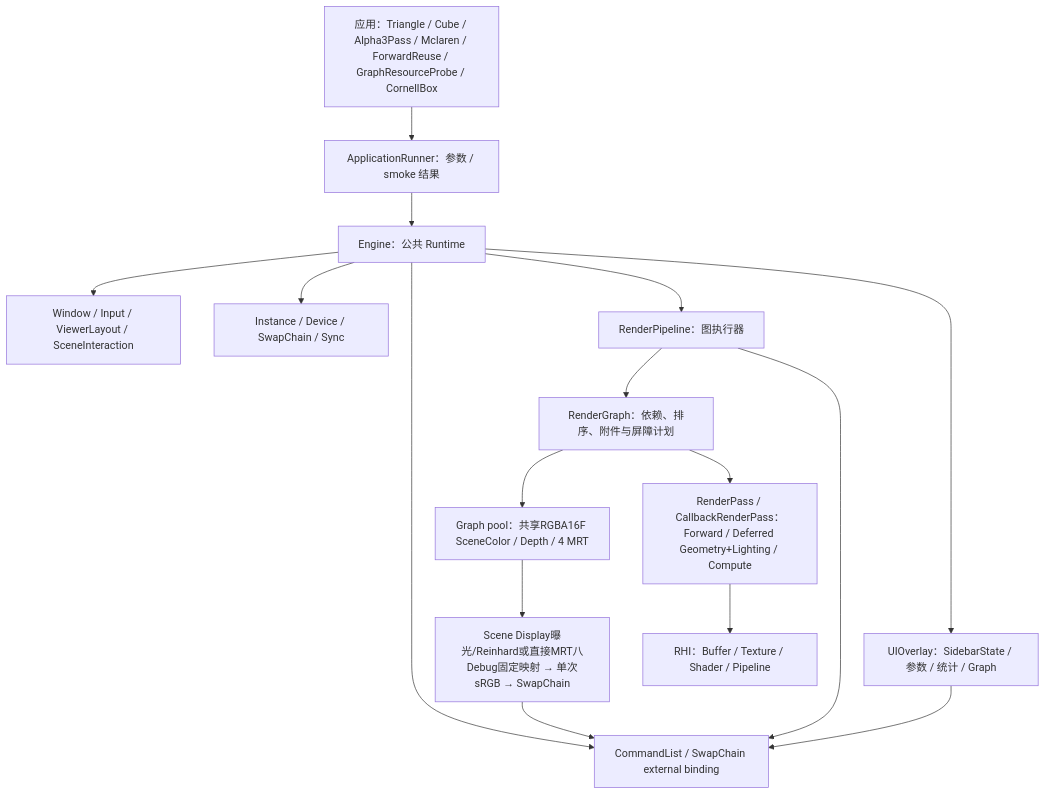
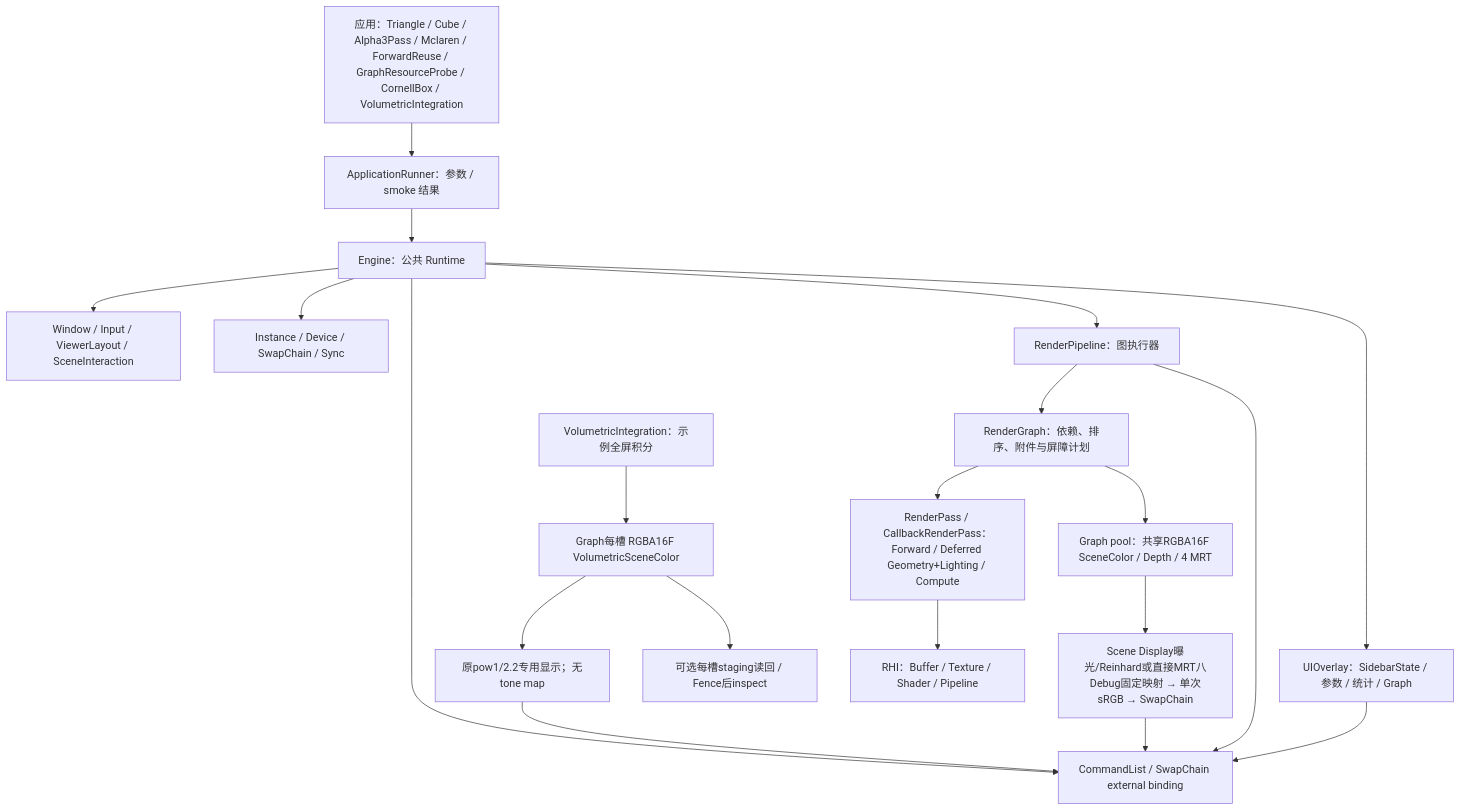
One commit to Cyberyb/KuEngine changed the first of 2 diagrams in docs/structure/current-architecture.md. Above: the diagram before and after it, drawn with Mermaid. The commit also changed other lines of this file and 30 other files, not shown here.

````diff
--- a/docs/structure/current-architecture.md
+++ b/docs/structure/current-architecture.md
@@ -13,29 +13,33 @@
 ```mermaid
 flowchart TB
-    App["应用：Triangle / Cube / Alpha3Pass / Mclaren / ForwardReuse / GraphResourceProbe / CornellBox"]
+    App["应用：Triangle / Cube / Alpha3Pass / Mclaren / ForwardReuse / GraphResourceProbe / CornellBox / VolumetricIntegration"]
     Runner["ApplicationRunner：参数 / smoke 结果"]
     Runtime["Engine：公共 Runtime"]
     Platform["Window / Input / ViewerLayout / SceneInteraction"]
     Device["Instance / Device / SwapChain / Sync"]
     Frames["CommandList / SwapChain external binding"]
     Pipeline["RenderPipeline：图执行器"]
     Graph["RenderGraph：依赖、排序、附件与屏障计划"]
     Pass["RenderPass / CallbackRenderPass：Forward / Deferred Geometry+Lighting / Compute"]
     Targets["Graph pool：共享RGBA16F SceneColor / Depth / 4 MRT"]
     Display["Scene Display曝光/Reinhard或直接MRT八Debug固定映射 → 单次sRGB → SwapChain"]
     UI["UIOverlay：SidebarState / 参数 / 统计 / Graph"]
     App --> Runner --> Runtime
     Runtime --> Platform
     Runtime --> Device
     Runtime --> Frames
     Runtime --> Pipeline
     Pipeline --> Graph
     Graph --> Pass
     Graph --> Targets
     Targets --> Display
+    Volume["VolumetricIntegration：示例全屏积分"] --> VolumeColor["Graph每槽 RGBA16F VolumetricSceneColor"]
+    VolumeColor --> VolumeDisplay["原pow1/2.2专用显示；无tone map"]
+    VolumeDisplay --> Frames
+    VolumeColor --> VolumeReadback["可选每槽staging读回 / Fence后inspect"]
     Display --> Frames
     Runtime --> UI
     Pass --> RHI["RHI：Buffer / Texture / Shader / Pipeline"]
     Pipeline --> Frames
     UI --> Frames
 ```
````
